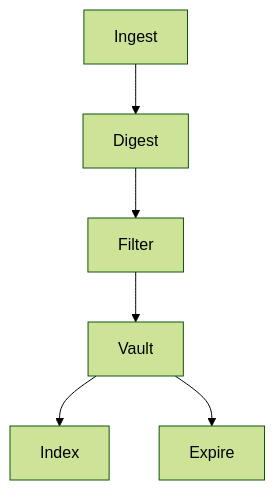
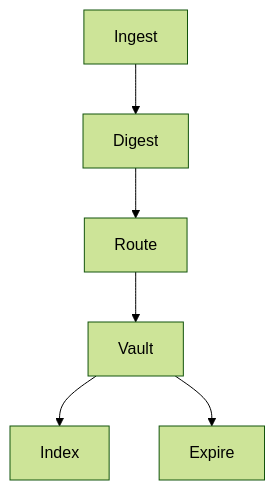
One commit to kluzzebass/gastrolog changed the diagram in frontend/src/help/general-concepts.md. Above: the diagram before and after it, drawn with Mermaid (forest theme). The commit also changed other lines of this file and 77 other files, not shown here.

````diff
--- a/frontend/src/help/general-concepts.md
+++ b/frontend/src/help/general-concepts.md
@@ -46,8 +48,8 @@
 ```mermaid
 flowchart TD
     A[Ingest] --> B[Digest]
-    B --> C[Filter]
+    B --> C[Route]
     C --> D[Vault]
     D --> E[Index]
     D --> F[Expire]
 ```
````
